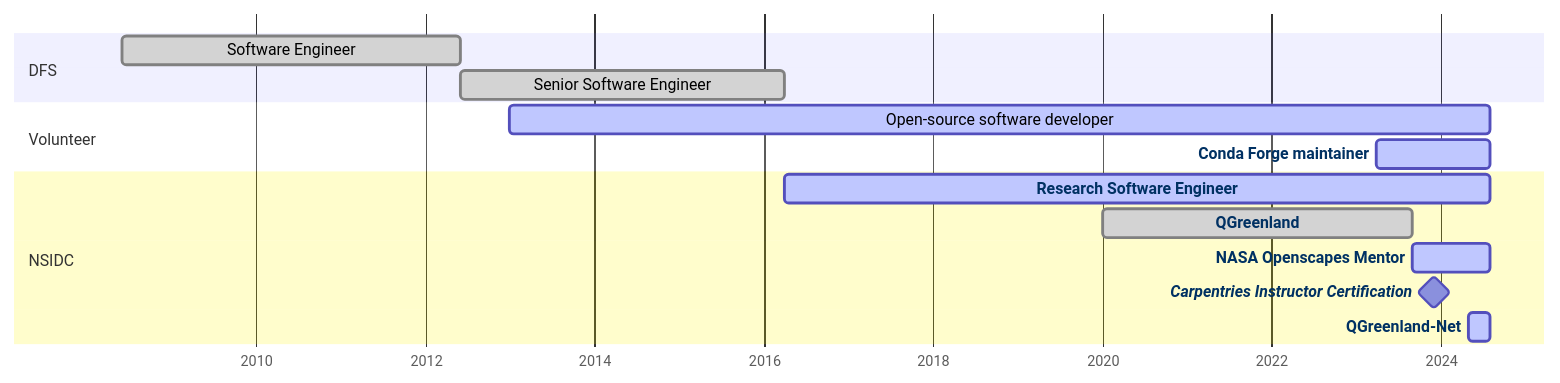
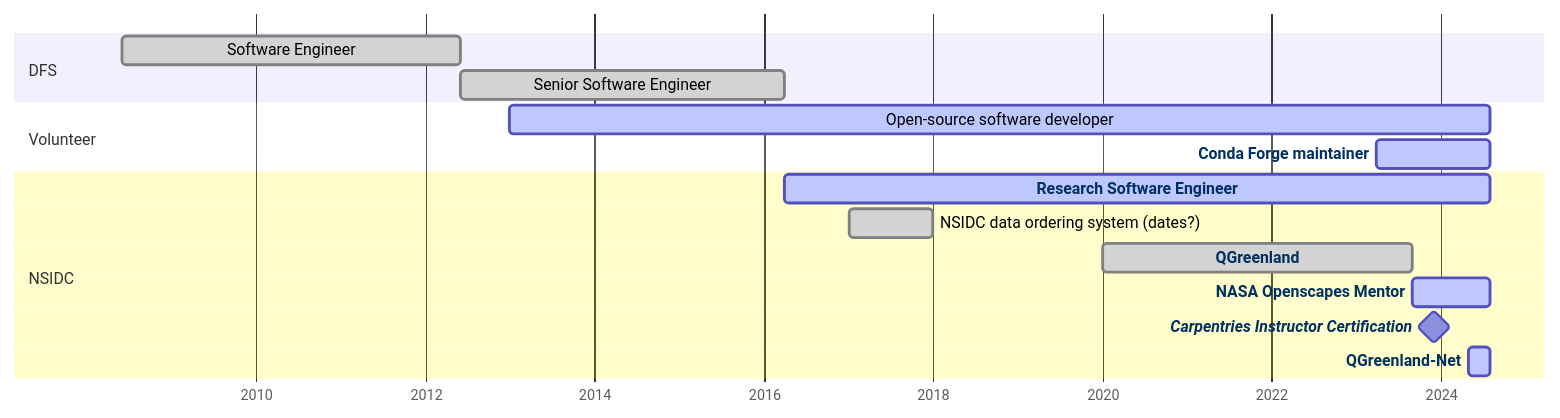
One commit to mfisher87/presentation-self changed the first of 2 diagrams in index.qmd. Above: the diagram before and after it, drawn with Mermaid. The commit also changed other lines of this file and 1 other file, not shown here.

````diff
--- a/index.qmd
+++ b/index.qmd
@@ -102,30 +110,31 @@
 ```{mermaid}
 %%{init:{'securityLevel':'loose'}}%%
 %% NOTE: Prefix `pfx-` is used to workaround a bug:
 %%       https://github.com/quarto-dev/quarto-cli/issues/10455
 gantt
   dateFormat YYYY-MM
   axisFormat %Y
 
   Section DFS
     Software Engineer                         :done, pfx-dfs, 2008-06, 2012-06
     Senior Software Engineer                  :done, pfx-dfs-senior, 2012-06, 2016-04
 
   Section Volunteer
     Open-source software developer            :active, pfx-oss, 2013-01, 2024-08
     Conda Forge maintainer                    :active, pfx-condaforge, 2023-04, 2024-08
 
   Section NSIDC
     Research Software Engineer                :active, pfx-nsidc, after pfx-dfs-senior, 2024-08
+    NSIDC data ordering system (dates?)       :done, pfx-hermes, 2017-01, 2018-01
     QGreenland                                :done, pfx-qgreenland, 2020-01, 2023-09
     NASA Openscapes Mentor                    :active, pfx-openscapes, 2023-09, 2024-08
     Carpentries Instructor Certification      :milestone, pfx-carpentries, 2023-12, 1d
     QGreenland-Net                            :active, pfx-qgreenland-net, 2024-05, 2024-08
 
   click pfx-condaforge href "https://conda-forge.org"
   click pfx-nsidc href "https://nsidc.org"
   click pfx-qgreenland href "https://qgreenland.org/"
   click pfx-openscapes href "https://nasa-openscapes.github.io/"
   click pfx-carpentries href "https://carpentries.org/instructors/"
   click pfx-qgreenland-net href "https://qgreenland-net.github.io/"
 ```
````
